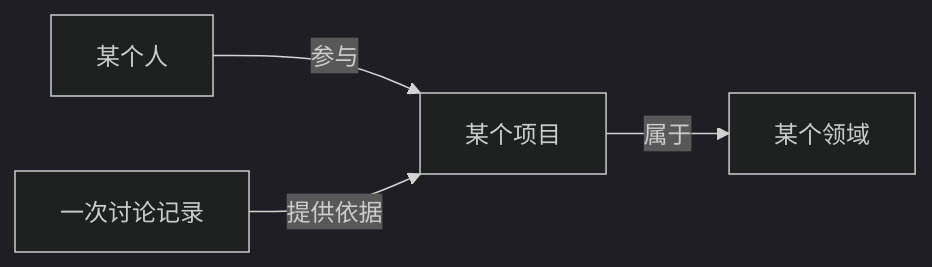
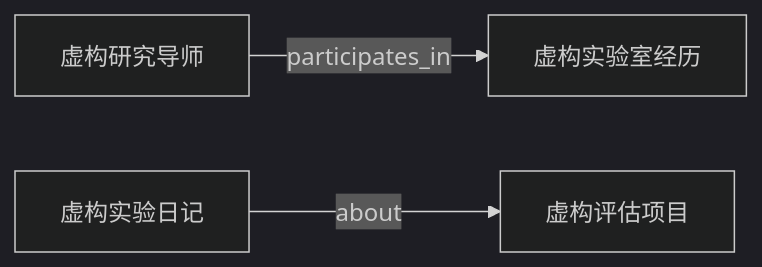
Before and after one commit to TheCYPER/MyContext-hackathon: the diagram in docs/design.zh-CN.md, drawn with Mermaid (dark theme). The commit also changed other lines of this file and 34 other files, not shown here.

Commit message:
Implement typed knowledge graph and interactive exploration

````diff
--- a/docs/design.zh-CN.md
+++ b/docs/design.zh-CN.md
@@ -56,6 +56,5 @@
 ```mermaid
 graph LR
-  A[某个人] -->|参与| B[某个项目]
-  B -->|属于| C[某个领域]
-  D[一次讨论记录] -->|提供依据| B
+  A[虚构研究导师] -->|participates_in| B[虚构实验室经历]
+  C[虚构实验日记] -->|about| D[虚构评估项目]
 ```
````
